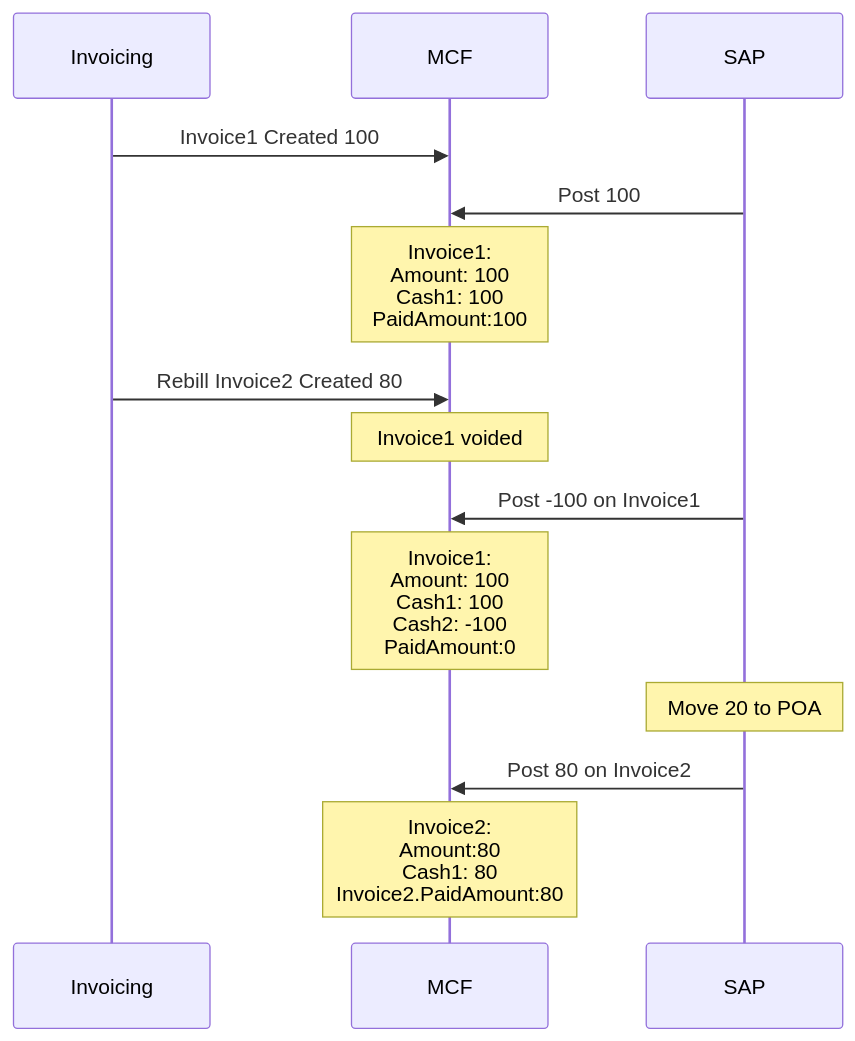
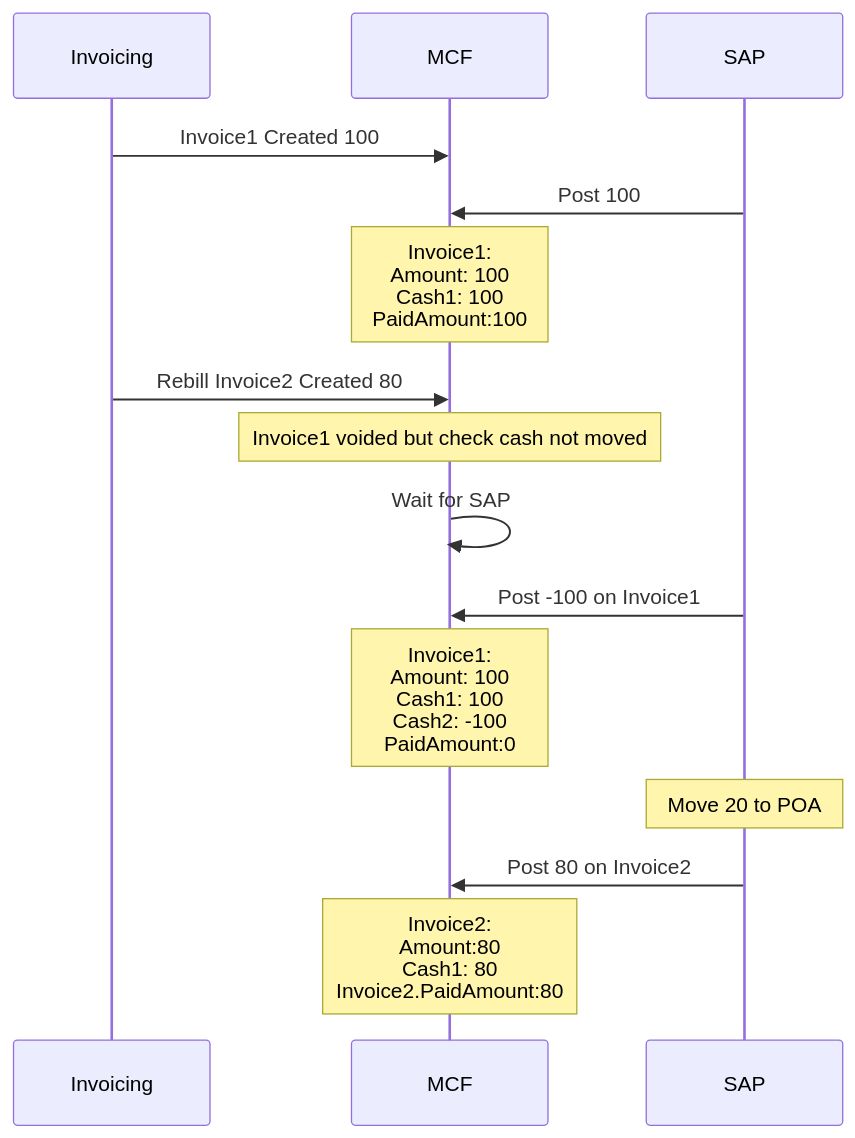
The ninth of 13 diagrams in MCF-SAP Scenarios.md (vikramsinha/test1), drawn with Mermaid before and after one commit. The commit also changed other lines of this file, not shown here.

Commit message:
Update MCF-SAP Scenarios.md

````diff
--- a/MCF-SAP Scenarios.md
+++ b/MCF-SAP Scenarios.md
@@ -170,17 +171,18 @@
 ```mermaid
 %%{init: {'theme': 'default'} }%%
 sequenceDiagram
     participant Invoicing
     participant MCF
     participant SAP
     Invoicing->>MCF: Invoice1 Created 100    
     SAP->>MCF: Post 100
     Note over MCF: Invoice1:<br/>Amount: 100<br/>Cash1: 100<br/>PaidAmount:100
     Invoicing->>MCF: Rebill Invoice2 Created 80
-    Note over MCF: Invoice1 voided
+    Note over MCF: Invoice1 voided but check cash not moved
+    MCF->>MCF: Wait for SAP
     SAP->>MCF: Post -100 on Invoice1
     Note over MCF: Invoice1:<br/>Amount: 100<br/>Cash1: 100<br/>Cash2: -100<br/>PaidAmount:0
     Note over SAP: Move 20 to POA
     SAP->>MCF: Post 80 on Invoice2
     Note over MCF: Invoice2:<br/>Amount:80<br/>Cash1: 80<br/>Invoice2.PaidAmount:80
 ```
````
